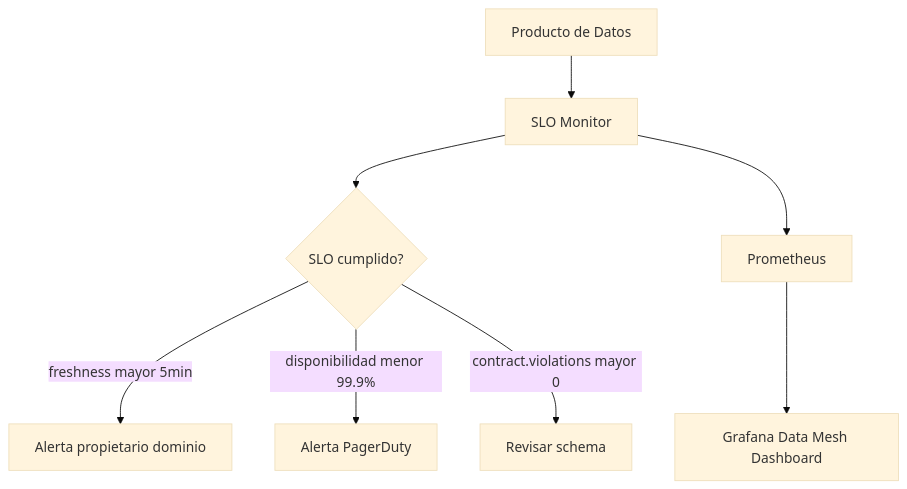
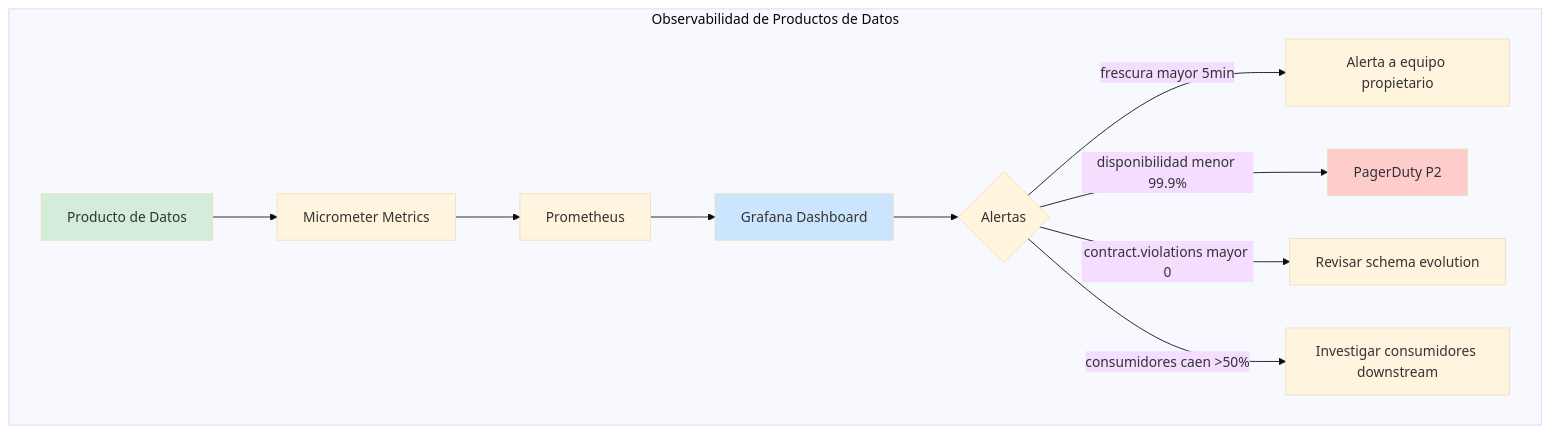
Before and after one commit to Joaquinriosheredia/DAM-Java-Mastery: the third of 4 diagrams in 07_BigData_Streaming/data_mesh:_descentralización_de_la_propiedad_del_dato_STAFF.md, drawn with Mermaid (base theme). The commit also changed other lines of this file, not shown here.

Commit message:
data_mesh:_descentralización_de_la_propiedad_del_dato_STAFF.md

````diff
--- a/07_BigData_Streaming/data_mesh:_descentralización_de_la_propiedad_del_dato_STAFF.md
+++ b/07_BigData_Streaming/data_mesh:_descentralización_de_la_propiedad_del_dato_STAFF.md
@@ -312,10 +630,18 @@
 ```mermaid
 graph TD
-    A[Producto de Datos] --> B[SLO Monitor]
-    B --> C{SLO cumplido?}
-    C -->|freshness mayor 5min| D[Alerta propietario dominio]
-    C -->|disponibilidad menor 99.9%| E[Alerta PagerDuty]
-    C -->|contract.violations mayor 0| F[Revisar schema]
-    B --> G[Prometheus]
-    G --> H[Grafana Data Mesh Dashboard]
+    subgraph "Observabilidad de Productos de Datos"
+        PROD[Producto de Datos] --> MET[Micrometer Metrics]
+        MET --> PROM[Prometheus]
+        PROM --> GRAF[Grafana Dashboard]
+        GRAF --> ALERT{Alertas}
+        
+        ALERT -->|frescura mayor 5min| F1[Alerta a equipo propietario]
+        ALERT -->|disponibilidad menor 99.9%| F2[PagerDuty P2]
+        ALERT -->|contract.violations mayor 0| F3[Revisar schema evolution]
+        ALERT -->|consumidores caen >50%| F4[Investigar consumidores downstream]
+    end
+    
+    style PROD fill:#d4edda
+    style GRAF fill:#cce5ff
+    style F2 fill:#ffcccc
 ```
````
